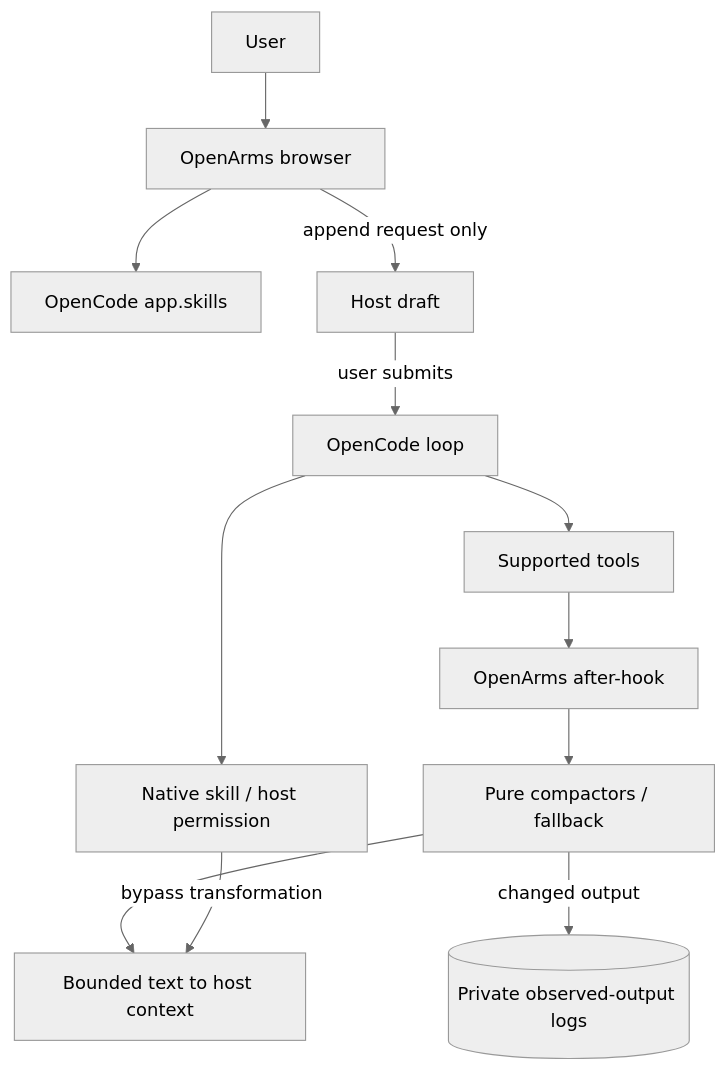
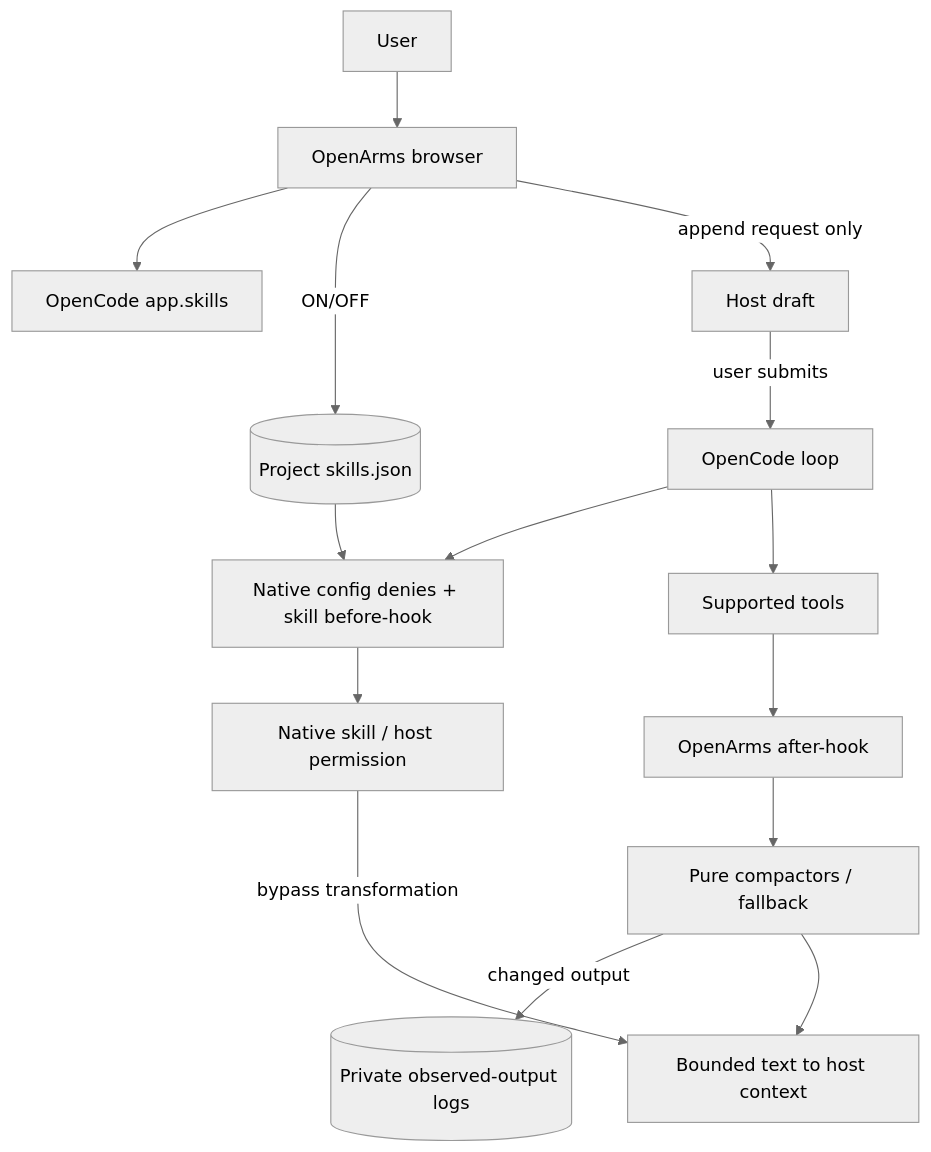
Before and after one commit to apase95/OpenArms: the diagram in docs/architecture.md, drawn with Mermaid (neutral theme). The commit also changed other lines of this file and 20 other files, not shown here.

Commit message:
feat: add project skill switches and streamlined browser navigation

````diff
--- a/docs/architecture.md
+++ b/docs/architecture.md
@@ -17,14 +18,17 @@
 ```mermaid
 flowchart TD
     User[User] --> Browser[OpenArms browser]
     Browser --> Catalog[OpenCode app.skills]
+    Browser -->|ON/OFF| Prefs[(Project skills.json)]
+    Prefs --> Deny[Native config denies + skill before-hook]
     Browser -->|append request only| Draft[Host draft]
     Draft -->|user submits| Loop[OpenCode loop]
-    Loop --> Skill[Native skill / host permission]
+    Loop --> Deny
+    Deny --> Skill[Native skill / host permission]
     Loop --> Tools[Supported tools]
     Tools --> Hook[OpenArms after-hook]
     Hook --> Parsers[Pure compactors / fallback]
     Parsers -->|changed output| Logs[(Private observed-output logs)]
     Parsers --> Context[Bounded text to host context]
     Skill -->|bypass transformation| Context
 ```
````
